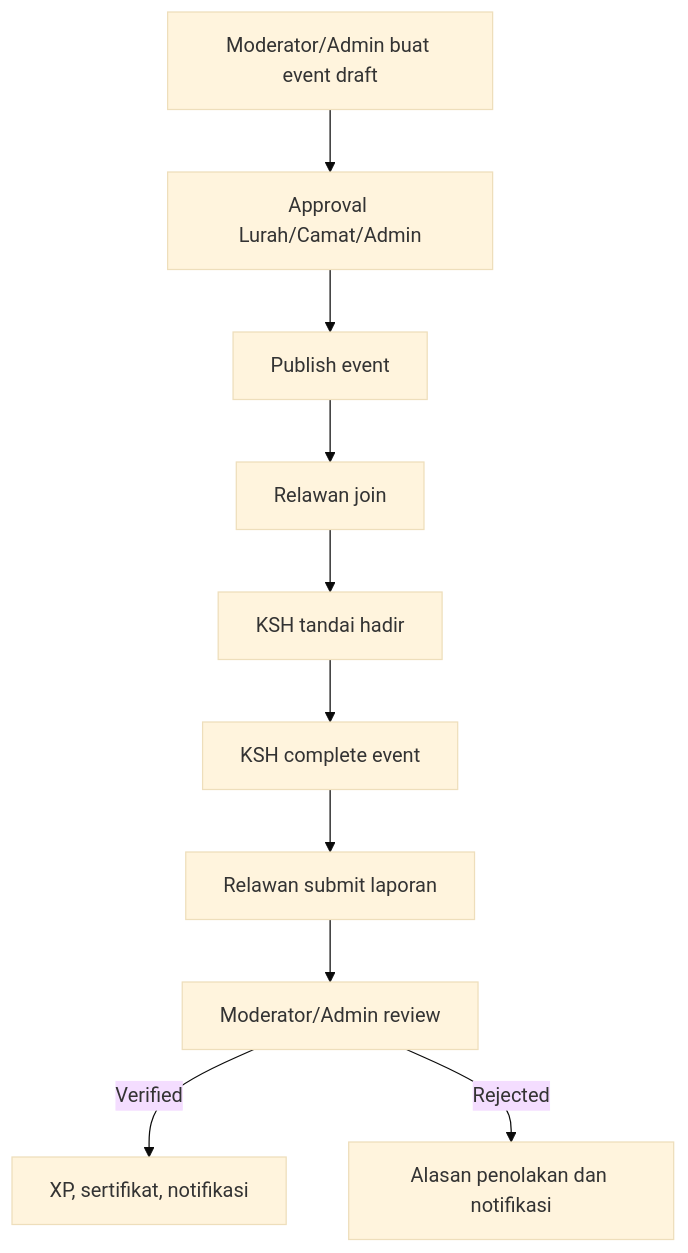
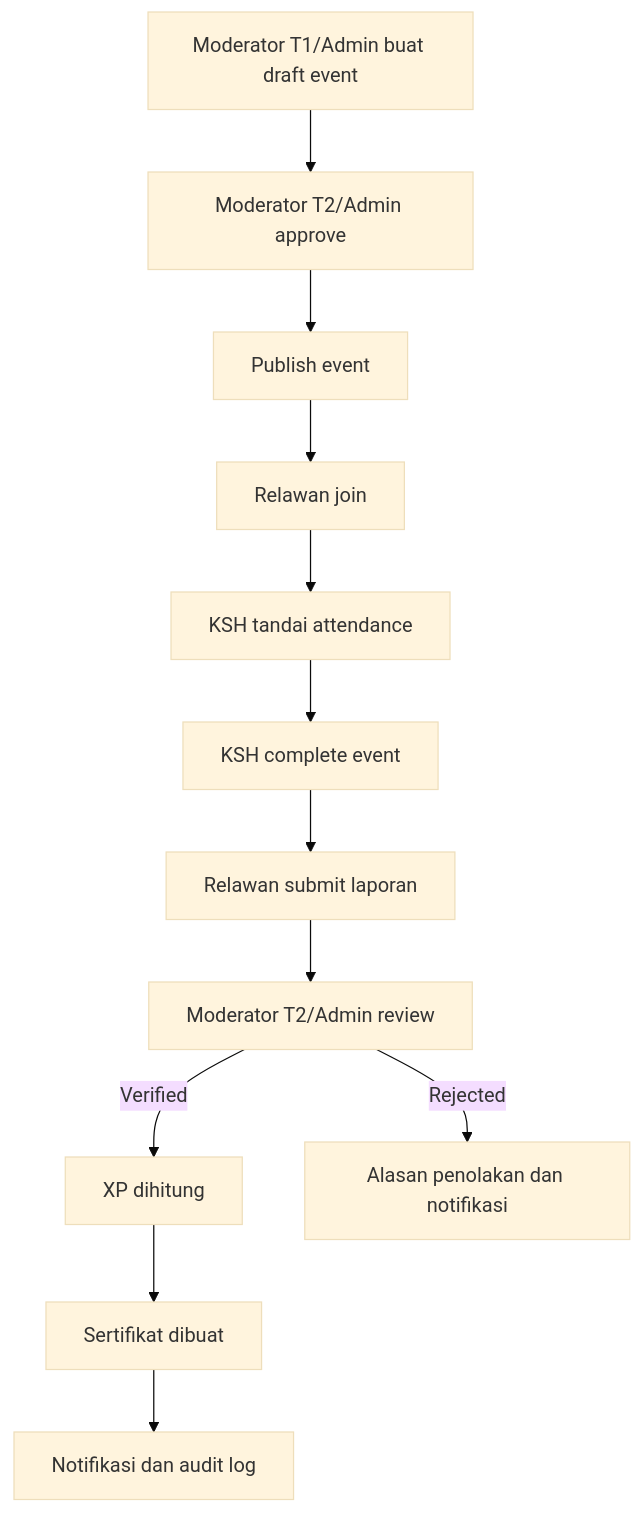
One commit to lustresense/xpcentric-web changed the second of 4 diagrams in README.md. Above: the diagram before and after it, drawn with Mermaid (base theme). The commit also changed other lines of this file and 20 other files, not shown here.

````diff
--- a/README.md
+++ b/README.md
@@ -76,12 +93,14 @@
 ```mermaid
 flowchart TD
-    A[Moderator/Admin buat event draft] --> B[Approval Lurah/Camat/Admin]
+    A[Moderator T1/Admin buat draft event] --> B[Moderator T2/Admin approve]
     B --> C[Publish event]
     C --> D[Relawan join]
-    D --> E[KSH tandai hadir]
+    D --> E[KSH tandai attendance]
     E --> F[KSH complete event]
     F --> G[Relawan submit laporan]
-    G --> H[Moderator/Admin review]
-    H -->|Verified| I[XP, sertifikat, notifikasi]
-    H -->|Rejected| J[Alasan penolakan dan notifikasi]
+    G --> H[Moderator T2/Admin review]
+    H -->|Verified| I[XP dihitung]
+    I --> J[Sertifikat dibuat]
+    J --> K[Notifikasi dan audit log]
+    H -->|Rejected| L[Alasan penolakan dan notifikasi]
 ```
````
